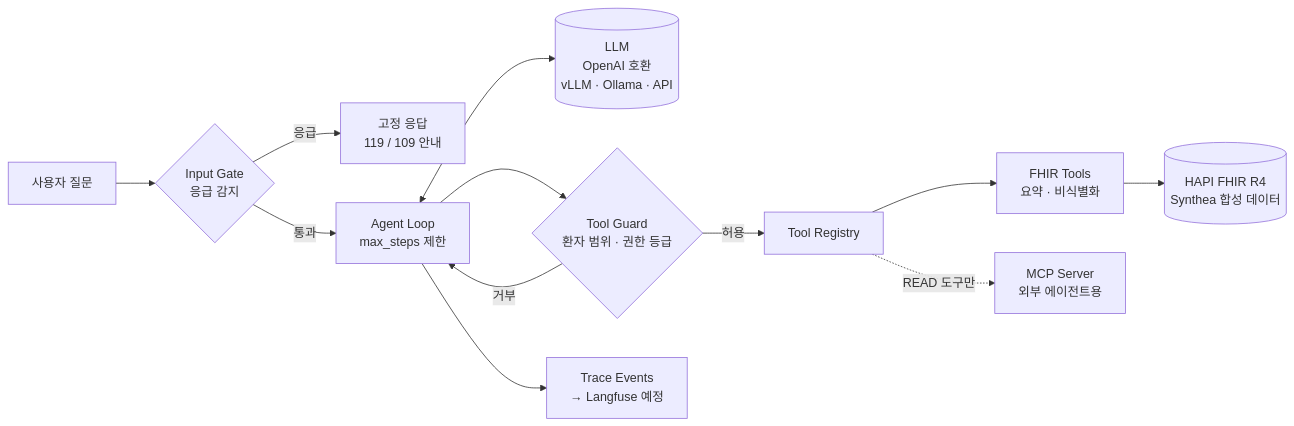
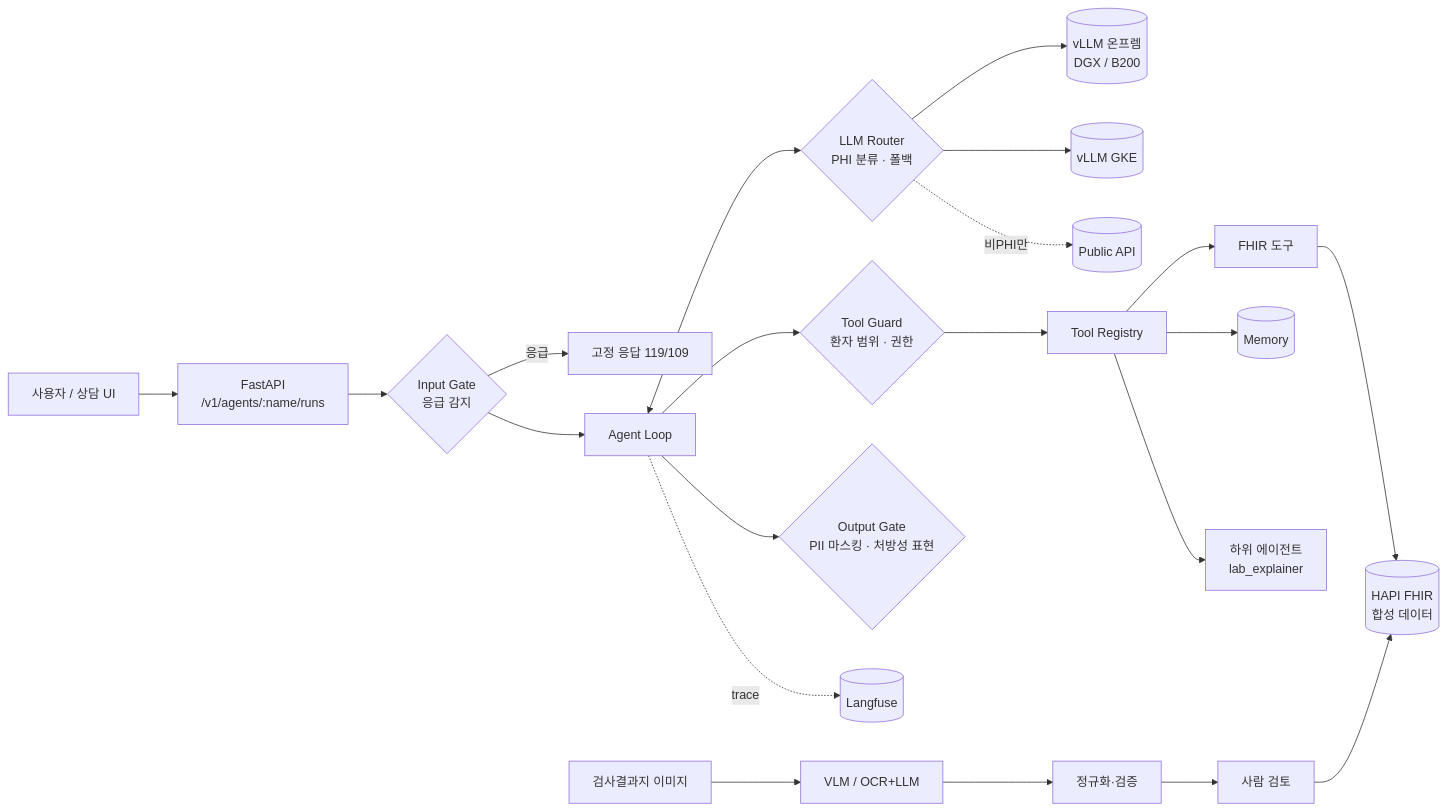
The diagram in README.md (Khjnnn/mini-care-agent), drawn with Mermaid before and after one commit. The commit also changed other lines of this file and 16 other files, not shown here.

First line of the commit message:
Weeks 5-6: PHI-aware LLM serving, routing and benchmarking

````diff
--- a/README.md
+++ b/README.md
@@ -13,14 +25,19 @@
 ```mermaid
 flowchart LR
-    U[사용자 질문] --> IG{Input Gate<br/>응급 감지}
-    IG -- 응급 --> E[고정 응답<br/>119 / 109 안내]
-    IG -- 통과 --> L[Agent Loop<br/>max_steps 제한]
-    L <--> LLM[(LLM<br/>OpenAI 호환<br/>vLLM · Ollama · API)]
-    L --> TG{Tool Guard<br/>환자 범위 · 권한 등급}
-    TG -- 거부 --> L
-    TG -- 허용 --> R[Tool Registry]
-    R --> F[FHIR Tools<br/>요약 · 비식별화]
-    F --> FHIR[(HAPI FHIR R4<br/>Synthea 합성 데이터)]
-    R -. READ 도구만 .-> MCP[MCP Server<br/>외부 에이전트용]
-    L --> T[Trace Events<br/>→ Langfuse 예정]
+    U[사용자 / 상담 UI] --> API[FastAPI<br/>/v1/agents/:name/runs]
+    API --> IG{Input Gate<br/>응급 감지}
+    IG -- 응급 --> E[고정 응답 119/109]
+    IG --> L[Agent Loop]
+    L <--> RT{LLM Router<br/>PHI 분류 · 폴백}
+    RT --> V1[(vLLM 온프렘<br/>DGX / B200)]
+    RT --> V2[(vLLM GKE)]
+    RT -. 비PHI만 .-> PUB[(Public API)]
+    L --> TG{Tool Guard<br/>환자 범위 · 권한}
+    TG --> R[Tool Registry]
+    R --> F[FHIR 도구] --> FHIR[(HAPI FHIR<br/>합성 데이터)]
+    R --> M[(Memory)]
+    R --> SA[하위 에이전트<br/>lab_explainer]
+    L --> OG{Output Gate<br/>PII 마스킹 · 처방성 표현}
+    L -. trace .-> LF[(Langfuse)]
+    DOC[검사결과지 이미지] --> X[VLM / OCR+LLM] --> N[정규화·검증] --> HR[사람 검토] --> FHIR
 ```
````
